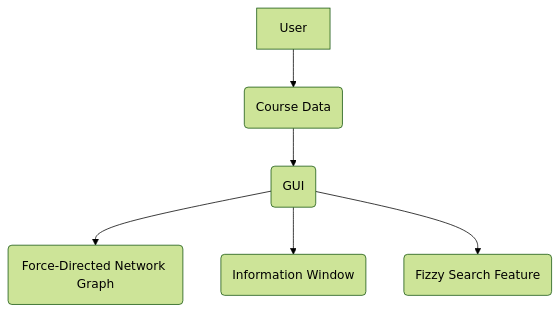
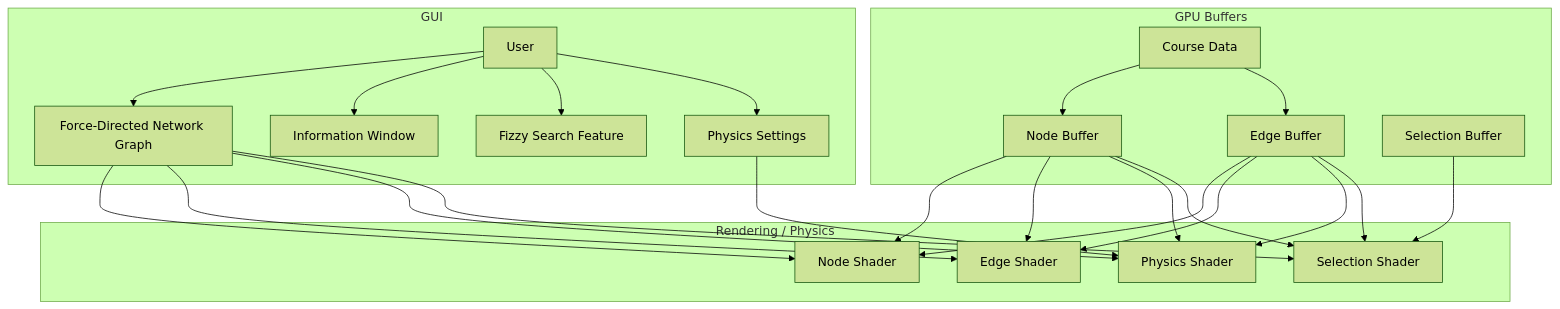
Before and after one commit to Sticks6110/OSUCourseTree: the diagram in README.md, drawn with Mermaid (forest theme). The commit also changed other lines of this file and 3 other files, not shown here.

````diff
--- a/README.md
+++ b/README.md
@@ -4,9 +5,39 @@
 ```mermaid
 flowchart TD
-    A[User] --> B(Course Data)
-    B --> C(GUI)
+    A[User]
+    B[Course Data]
 
-    C --> D(Force-Directed Network Graph)
-    C --> E(Information Window)
-    C --> F(Fizzy Search Feature)
+    subgraph GUI
+        A --> D[Force-Directed Network Graph]
+        A --> E[Information Window]
+        A --> F[Fizzy Search Feature]
+        A --> G[Physics Settings]
+    end
+
+    subgraph Rendering["Rendering / Physics"]
+        D --> H[Node Shader]
+        D --> I[Edge Shader]
+        D --> J[Physics Shader]
+        D --> K[Selection Shader]
+    end
+
+    subgraph Buffers["GPU Buffers"]
+        B --> L[Node Buffer]
+        B --> M[Edge Buffer]
+        N[Selection Buffer]
+    end
+
+    L --> H
+    L --> I
+    L --> J
+    L --> K
+
+    M --> H
+    M --> I
+    M --> J
+    M --> K
+
+    N --> K
+    
+    G --> J
 ```
````
